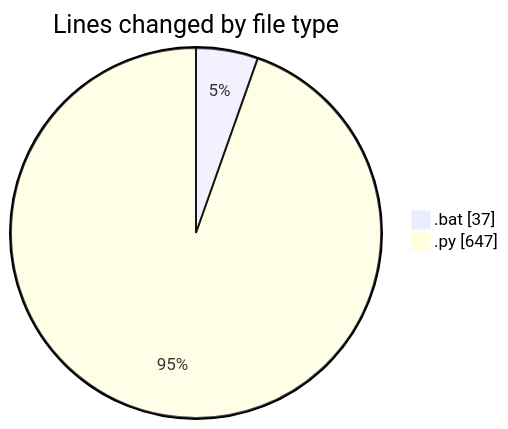
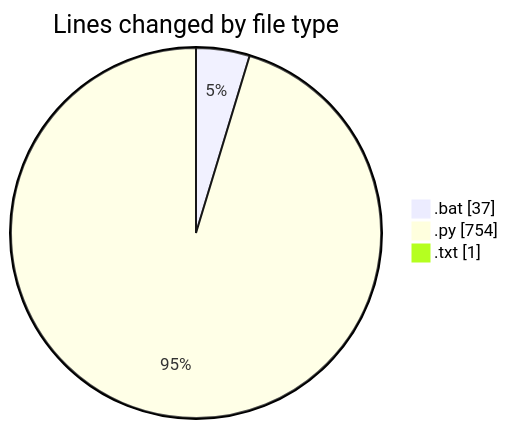
Before and after one commit to FelipKnott/code-tracking: the first of 2 diagrams in 2025-07-04/cursor/README.md, drawn with Mermaid. The commit also changed other lines of this file and 1 other file, not shown here.

````diff
--- a/2025-07-04/cursor/README.md
+++ b/2025-07-04/cursor/README.md
@@ -26,6 +32,7 @@
 ```mermaid
 pie showData
 title Lines changed by file type
 ".bat" : 37
-".py" : 647
+".py" : 754
+".txt" : 1
 ```
````
